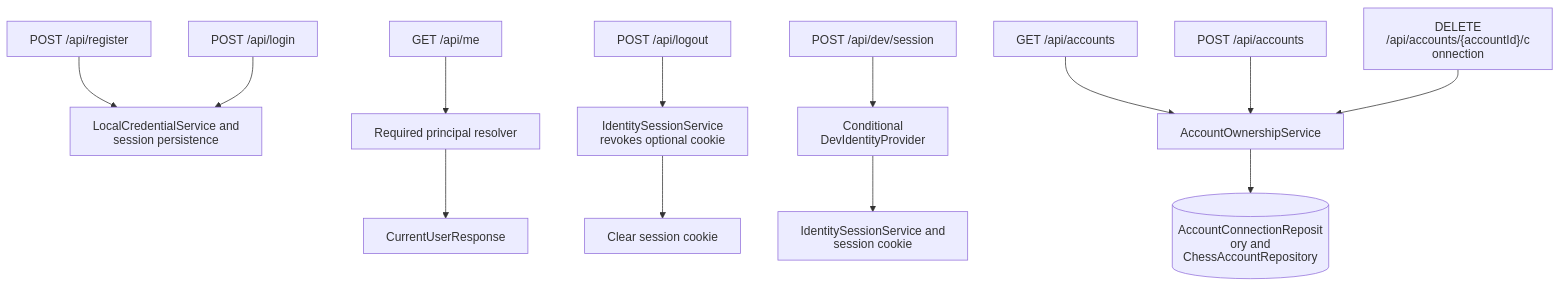
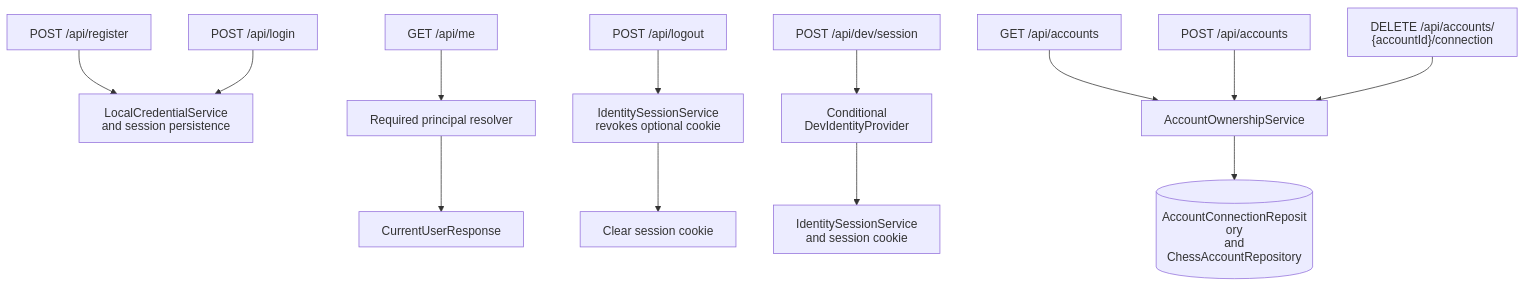
One commit to NathanZK/ChessEcho changed the third of 11 diagrams in docs/architecture/backend-architecture.md. Above: the diagram before and after it, drawn with Mermaid. The commit also changed other lines of this file and 13 other files, not shown here.

Commit message:
docs(architecture): reconcile ChessProbe documentation architecture, system topology, API contract, and testing specifications (#785)

````diff
--- a/docs/architecture/backend-architecture.md
+++ b/docs/architecture/backend-architecture.md
@@ -85,16 +132,16 @@
 ```mermaid
 %%{init: {"htmlLabels": false, "flowchart": {"htmlLabels": false, "diagramPadding": 120}}}%%
 flowchart TB
-    Register[POST /api/register] --> Local[LocalCredentialService and session persistence]
+    Register[POST /api/register] --> Local["LocalCredentialService<br/>and session persistence"]
     Login[POST /api/login] --> Local
     Me[GET /api/me] --> Principal[Required principal resolver]
     Principal --> MeResponse[CurrentUserResponse]
-    Logout[POST /api/logout] --> Revoke[IdentitySessionService revokes optional cookie]
+    Logout[POST /api/logout] --> Revoke["IdentitySessionService<br/>revokes optional cookie"]
     Revoke --> Clear[Clear session cookie]
-    Dev[POST /api/dev/session] --> DevIdentity[Conditional DevIdentityProvider]
-    DevIdentity --> Session[IdentitySessionService and session cookie]
+    Dev[POST /api/dev/session] --> DevIdentity["Conditional<br/>DevIdentityProvider"]
+    DevIdentity --> Session["IdentitySessionService<br/>and session cookie"]
     List[GET /api/accounts] --> Accounts[AccountOwnershipService]
     Associate[POST /api/accounts] --> Accounts
-    Disconnect["DELETE /api/accounts/{accountId}/connection"] --> Accounts
-    Accounts --> AccountRows[(AccountConnectionRepository and ChessAccountRepository)]
+    Disconnect["DELETE /api/accounts/<br/>{accountId}/connection"] --> Accounts
+    Accounts --> AccountRows[("AccountConnectionRepository<br/>and ChessAccountRepository")]
 ```
````
